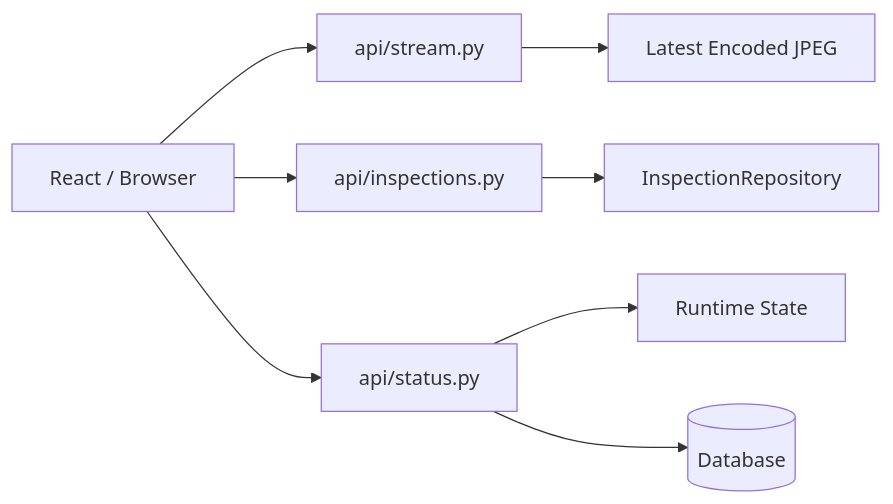
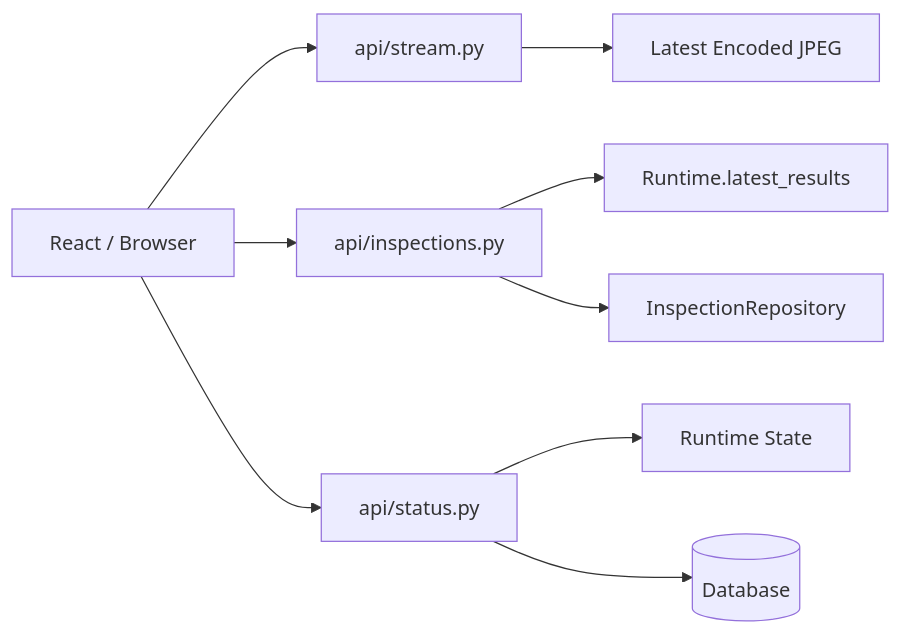
One commit to sungone/vision_final_project changed the first of 11 diagrams in docs/BACKEND_APP_STRUCTURE.md. Above: the diagram before and after it, drawn with Mermaid. The commit also changed other lines of this file and 8 other files, not shown here.

````diff
--- a/docs/BACKEND_APP_STRUCTURE.md
+++ b/docs/BACKEND_APP_STRUCTURE.md
@@ -35,10 +35,11 @@
 ```mermaid
 flowchart LR
     CLIENT[React / Browser] --> STREAM[api/stream.py]
     CLIENT --> INSPECTIONS[api/inspections.py]
     CLIENT --> STATUS[api/status.py]
     STREAM --> JPEG[Latest Encoded JPEG]
+    INSPECTIONS --> LATEST[Runtime.latest_results]
     INSPECTIONS --> REPOSITORY[InspectionRepository]
     STATUS --> RUNTIME[Runtime State]
     STATUS --> DB[(Database)]
 ```
````
